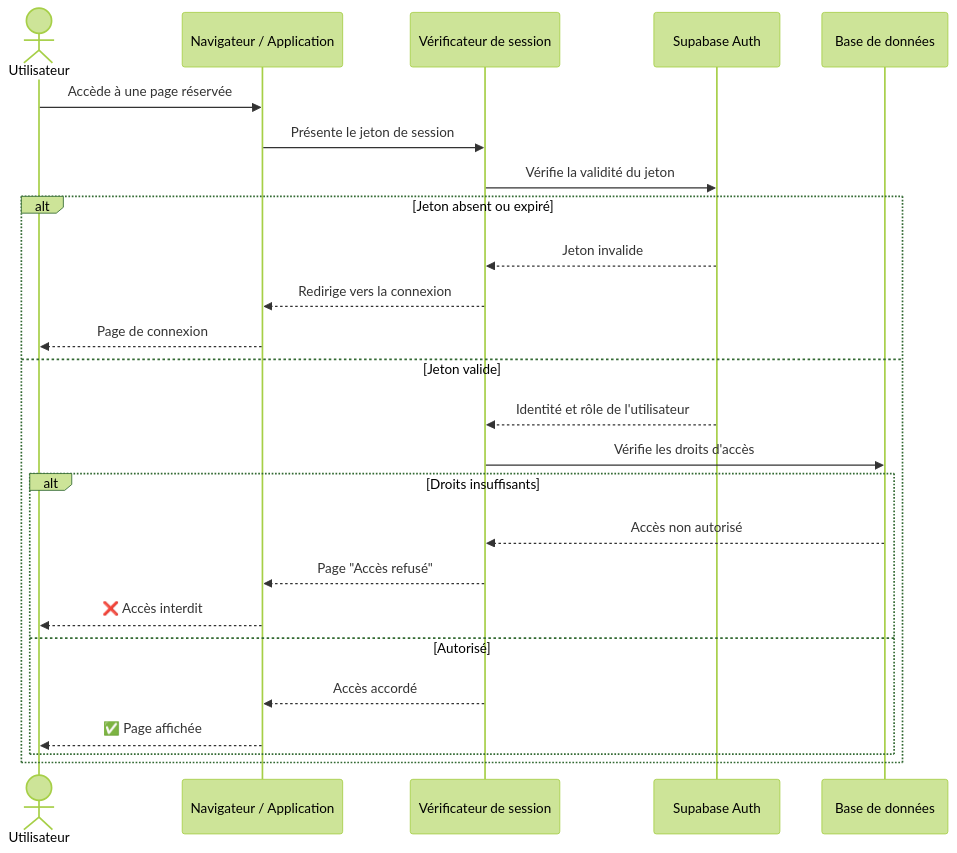
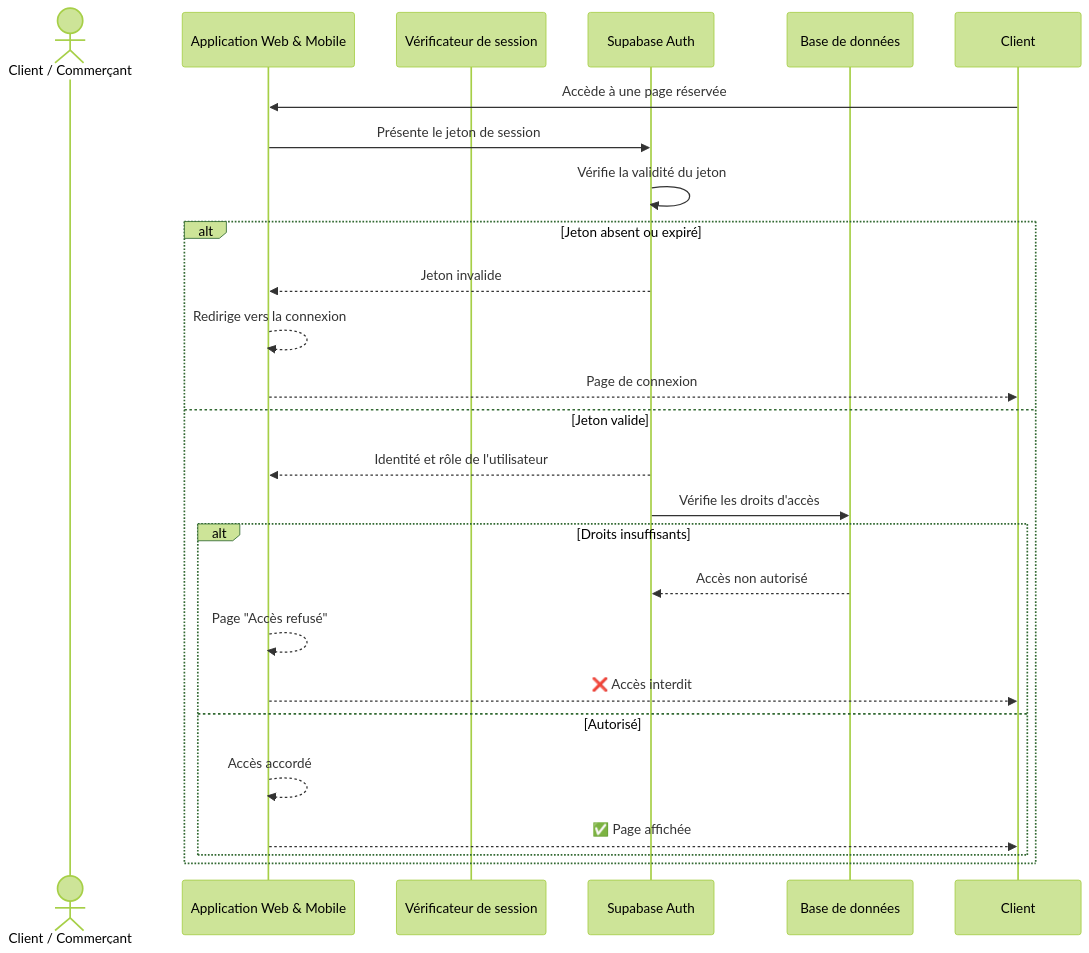
Before and after one commit to Abderrahmen1111/private-PFE-repos: the fourth of 34 diagrams in SEQUENCE_DIAGRAMS_WORD_FORMAT_OPTIMIZED.md, drawn with Mermaid (forest theme). The commit also changed other lines of this file and 2 other files, not shown here.

Commit message:
docs: adapt sequence diagrams to Web/Mobile apps and Django SaaS Admin

````diff
--- a/SEQUENCE_DIAGRAMS_WORD_FORMAT_OPTIMIZED.md
+++ b/SEQUENCE_DIAGRAMS_WORD_FORMAT_OPTIMIZED.md
@@ -117,28 +117,28 @@
 ```mermaid
 sequenceDiagram
-    actor Utilisateur
-    participant Navigateur as Navigateur / Application
+    actor Client / Commerçant
+    participant App as Application Web & Mobile
     participant Middleware as Vérificateur de session
     participant SupabaseAuth as Supabase Auth
     participant BD as Base de données
 
-    Utilisateur->>Navigateur: Accède à une page réservée
-    Navigateur->>Middleware: Présente le jeton de session
-    Middleware->>SupabaseAuth: Vérifie la validité du jeton
+    Client->>App: Accède à une page réservée
+    App->>SupabaseAuth: Présente le jeton de session
+    SupabaseAuth->>SupabaseAuth: Vérifie la validité du jeton
     alt Jeton absent ou expiré
-        SupabaseAuth-->>Middleware: Jeton invalide
-        Middleware-->>Navigateur: Redirige vers la connexion
-        Navigateur-->>Utilisateur: Page de connexion
+        SupabaseAuth-->>App: Jeton invalide
+        App-->>App: Redirige vers la connexion
+        App-->>Client: Page de connexion
     else Jeton valide
-        SupabaseAuth-->>Middleware: Identité et rôle de l'utilisateur
-        Middleware->>BD: Vérifie les droits d'accès
+        SupabaseAuth-->>App: Identité et rôle de l'utilisateur
+        SupabaseAuth->>BD: Vérifie les droits d'accès
         alt Droits insuffisants
-            BD-->>Middleware: Accès non autorisé
-            Middleware-->>Navigateur: Page "Accès refusé"
-            Navigateur-->>Utilisateur: ❌ Accès interdit
+            BD-->>SupabaseAuth: Accès non autorisé
+            App-->>App: Page "Accès refusé"
+            App-->>Client: ❌ Accès interdit
         else Autorisé
-            Middleware-->>Navigateur: Accès accordé
-            Navigateur-->>Utilisateur: ✅ Page affichée
+            App-->>App: Accès accordé
+            App-->>Client: ✅ Page affichée
         end
     end
 ```
````
